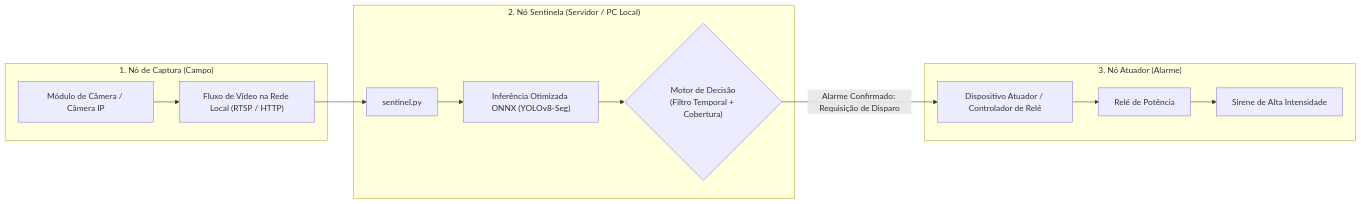
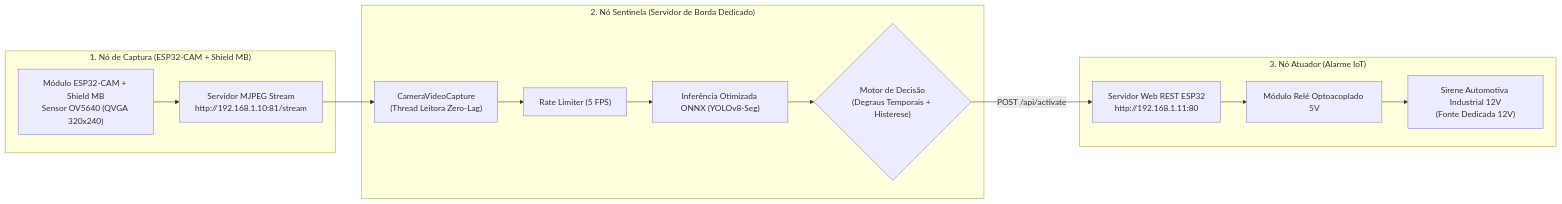
One commit to jafmatos/cv_fire_alarm changed the first of 2 diagrams in README.md. Above: the diagram before and after it, drawn with Mermaid. The commit also changed other lines of this file and 20 other files, not shown here.

````diff
--- a/README.md
+++ b/README.md
@@ -79,18 +95,19 @@
 ```mermaid
 flowchart LR
-    subgraph Captura ["1. Nó de Captura (Campo)"]
-        CAM[Módulo de Câmera / Câmera IP] --> STREAM["Fluxo de Vídeo na Rede Local (RTSP / HTTP)"]
+    subgraph Captura ["1. Nó de Captura (ESP32-CAM + Shield MB)"]
+        CAM["Módulo ESP32-CAM + Shield MB<br>Sensor OV5640 (QVGA 320x240)"] --> STREAM["Servidor MJPEG Stream<br>http://192.168.1.10:81/stream"]
     end
 
-    subgraph Processamento ["2. Nó Sentinela (Servidor / PC Local)"]
-        STREAM --> SENTINEL["sentinel.py"]
-        SENTINEL --> ONNX_CORE["Inferência Otimizada ONNX (YOLOv8-Seg)"]
-        ONNX_CORE --> DECISION{"Motor de Decisão<br>(Filtro Temporal + Cobertura)"}
+    subgraph Processamento ["2. Nó Sentinela (Servidor de Borda Dedicado)"]
+        STREAM --> THREAD_CAP["CameraVideoCapture<br>(Thread Leitora Zero-Lag)"]
+        THREAD_CAP --> RATE_LIMIT["Rate Limiter (5 FPS)"]
+        RATE_LIMIT --> ONNX_CORE["Inferência Otimizada ONNX (YOLOv8-Seg)"]
+        ONNX_CORE --> DECISION{"Motor de Decisão<br>(Degraus Temporais + Histerese)"}
     end
 
-    subgraph Atuacao ["3. Nó Atuador (Alarme)"]
-        DECISION -->|Alarme Confirmado: Requisição de Disparo| ACTUATOR["Dispositivo Atuador / Controlador de Relé"]
-        ACTUATOR --> RELAY["Relé de Potência"]
-        RELAY --> SIREN["Sirene de Alta Intensidade"]
+    subgraph Atuacao ["3. Nó Atuador (Alarme IoT)"]
+        DECISION -->|POST /api/activate| ACT_HTTP["Servidor Web REST ESP32<br>http://192.168.1.11:80"]
+        ACT_HTTP --> RELAY["Módulo Relé Optoacoplado 5V"]
+        RELAY --> SIREN["Sirene Automotiva Industrial 12V<br>(Fonte Dedicada 12V)"]
     end
 ```
````
